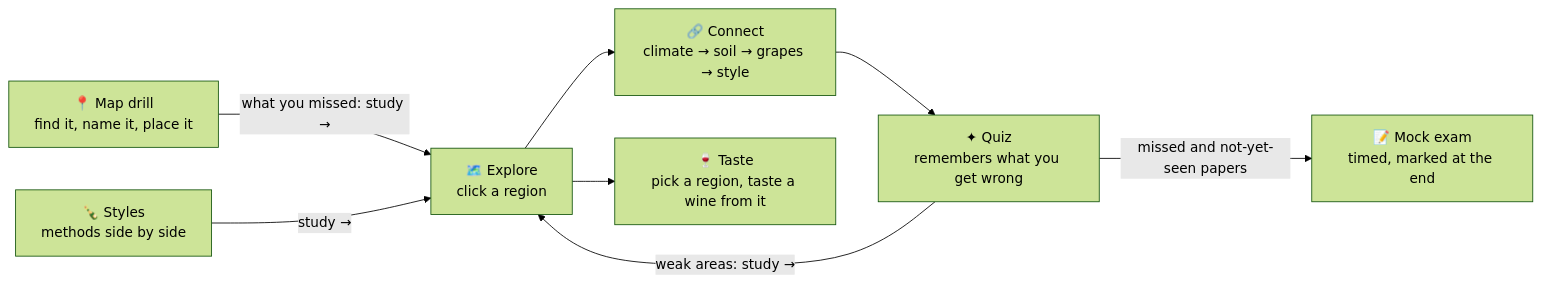
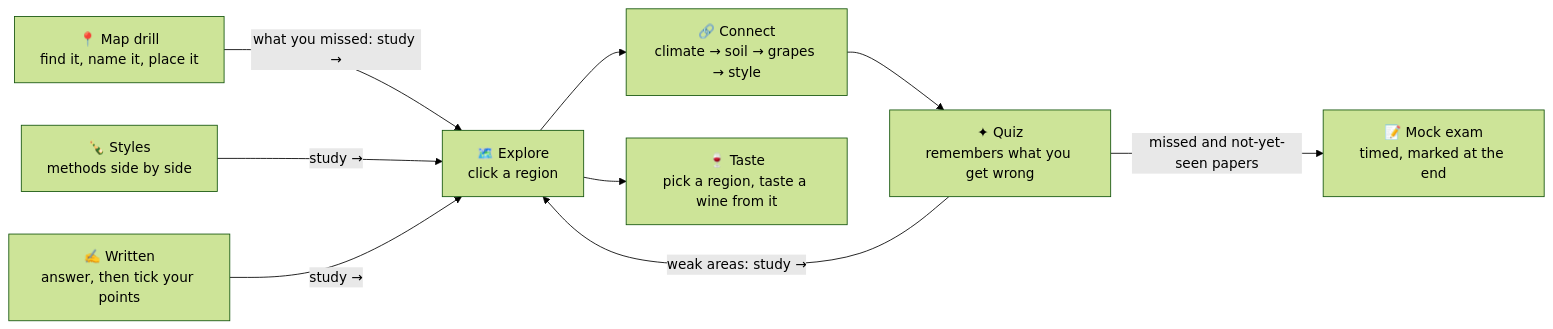
One commit to PKusch/terroir-study changed the diagram in README.md. Above: the diagram before and after it, drawn with Mermaid (forest theme). The commit also changed other lines of this file and 3 other files, not shown here.

````diff
--- a/README.md
+++ b/README.md
@@ -53,10 +53,11 @@
 ```mermaid
 flowchart LR
     E["🗺️ Explore<br/>click a region"] --> C["🔗 Connect<br/>climate → soil → grapes → style"]
     C --> Q["✦ Quiz<br/>remembers what you get wrong"]
     E --> T["🍷 Taste<br/>pick a region, taste a wine from it"]
     Q -- "weak areas: study →" --> E
     D["📍 Map drill<br/>find it, name it, place it"] -- "what you missed: study →" --> E
     Q -- "missed and not-yet-seen papers" --> M["📝 Mock exam<br/>timed, marked at the end"]
     S["🍾 Styles<br/>methods side by side"] -- "study →" --> E
+    W["✍️ Written<br/>answer, then tick your points"] -- "study →" --> E
 ```
````
